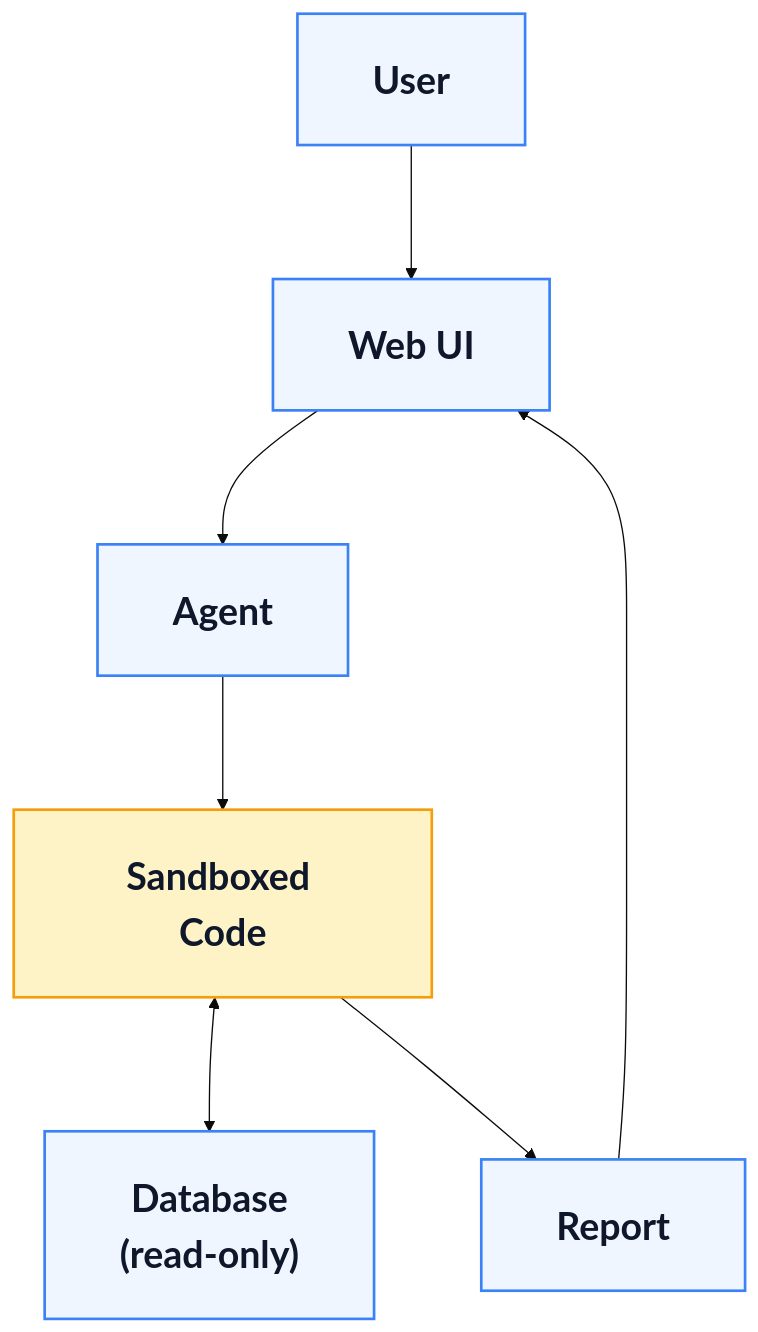
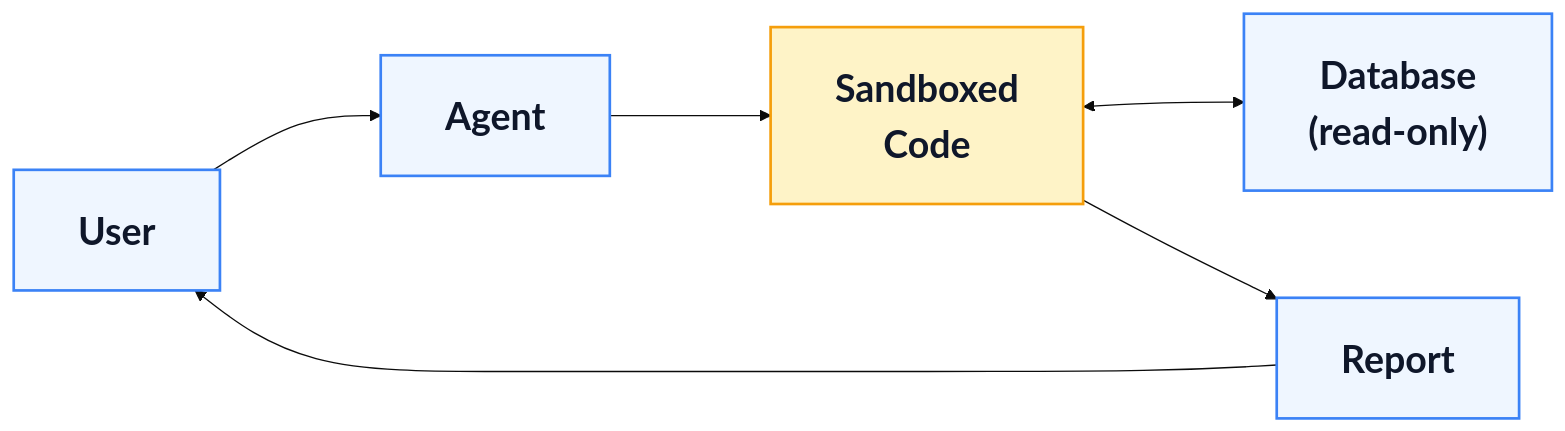
Before and after one commit to kerryback/mgmt675: the second of 2 diagrams in slides/m8-agents.qmd, drawn with Mermaid. The commit also changed other lines of this file and 18 other files, not shown here.

````diff
--- a/slides/m8-agents.qmd
+++ b/slides/m8-agents.qmd
@@ -436,18 +436,16 @@
 ```{mermaid}
 %%| fig-width: 16
-%%{init: {'theme': 'base', 'themeVariables': {'fontSize': '28px'}, 'flowchart': {'nodeSpacing': 80, 'rankSpacing': 100, 'padding': 28, 'useMaxWidth': true}}}%%
-flowchart TD
-  U["<b>User</b>"] --> UI["<b>Web UI</b>"]
-  UI --> A["<b>Agent</b>"]
-  A --> S["<b>Sandboxed Code</b>"]
-  S <--> DB["<b>Database<br/>(read-only)</b>"]
+%%{init: {'theme': 'base', 'themeVariables': {'fontSize': '28px'}, 'flowchart': {'nodeSpacing': 80, 'rankSpacing': 120, 'padding': 24, 'useMaxWidth': true}}}%%
+flowchart LR
+  U["<b>User</b>"] --> A["<b>Agent</b>"]
+  A --> S["<b>Sandboxed<br>Code</b>"]
+  S <--> DB["<b>Database<br>(read-only)</b>"]
   S --> R["<b>Report</b>"]
-  R --> UI
+  R --> U
 
   style U fill:#eff6ff,stroke:#3b82f6,stroke-width:2px,color:#0f172a,font-size:28px,padding:24px
-  style UI fill:#eff6ff,stroke:#3b82f6,stroke-width:2px,color:#0f172a,font-size:28px,padding:24px
   style A fill:#eff6ff,stroke:#3b82f6,stroke-width:2px,color:#0f172a,font-size:28px,padding:24px
   style S fill:#fef3c7,stroke:#f59e0b,stroke-width:2px,color:#0f172a,font-size:28px,padding:24px
   style DB fill:#eff6ff,stroke:#3b82f6,stroke-width:2px,color:#0f172a,font-size:28px,padding:24px
   style R fill:#eff6ff,stroke:#3b82f6,stroke-width:2px,color:#0f172a,font-size:28px,padding:24px
 ```
````
